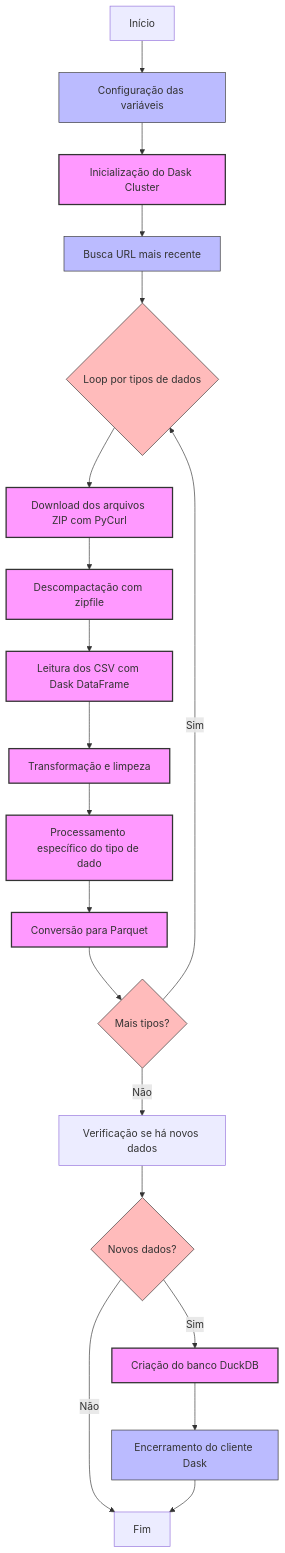
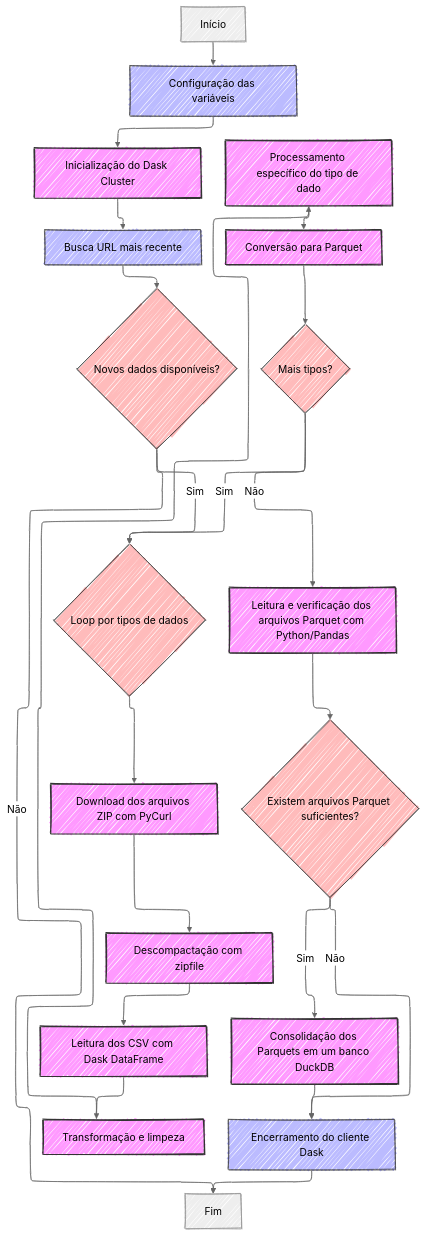
The first of 3 diagrams in otimizacao_fluxo_cnpj.md (wmodanez/cnpj_dados_abertos), drawn with Mermaid before and after one commit. The commit also changed other lines of this file, not shown here.

````diff
--- a/otimizacao_fluxo_cnpj.md
+++ b/otimizacao_fluxo_cnpj.md
@@ -7,45 +7,65 @@
 ```mermaid
+---
+config:
+   look: handDrawn
+   theme: neutral
+   layout: elk
+   elk:
+      direction: DOWN
+      nodeSpacing: 50
+      rankSpacing: 70
+      mergeEdges: true
+      nodePlacementStrategy: SIMPLE
+      algorithm: layered
+      layered:
+        alignedLayout: true
+
+---
 flowchart TD
     %% Etapa 1: Coleta de Dados
     A[Início] --> B[Configuração das variáveis]
     B --> C[Inicialização do Dask Cluster]
     C --> D[Busca URL mais recente]
     
+    %% Verificação inicial de novos dados
+    D --> N{Novos dados disponíveis?}
+    N -->|Não| Q[Fim]
+    
     %% Etapa 2: Download e Descompactação
-    D --> E{Loop por tipos de dados}
+    N -->|Sim| E{Loop por tipos de dados}
     E --> F[Download dos arquivos ZIP com PyCurl]
     F --> G[Descompactação com zipfile]
     
     %% Etapa 3: Processamento com Dask
     G --> H[Leitura dos CSV com Dask DataFrame]
     H --> I[Transformação e limpeza]
     
     %% Etapa 4: Segmentação de dados
     I --> J[Processamento específico do tipo de dado]
     
     %% Etapa 5: Armazenamento em Parquet
     J --> K[Conversão para Parquet]
     
     %% Próximo tipo de dado ou finalização
     K --> L{Mais tipos?}
     L -->|Sim| E
-    L -->|Não| M
     
-    %% Etapa 6: Criação do Banco DuckDB
-    M[Verificação se há novos dados] --> N{Novos dados?}
-    N -->|Sim| O[Criação do banco DuckDB]
-    N -->|Não| Q
+    %% Consolidação dos arquivos Parquet em DuckDB
+    L -->|Não| R[Leitura e verificação dos arquivos Parquet com Python/Pandas]
+    R --> S{Existem arquivos Parquet suficientes?}
+    S -->|Sim| O[Consolidação dos Parquets em um banco DuckDB]
+    S -->|Não| P
     
     %% Finalização
     O --> P[Encerramento do cliente Dask]
-    P --> Q[Fim]
+    P --> Q
     
     %% Estilos
     classDef ferramenta fill:#f9f,stroke:#333,stroke-width:2px
     classDef process fill:#bbf,stroke:#333,stroke-width:1px
     classDef decision fill:#fbb,stroke:#333,stroke-width:1px
     
-    class C,F,G,H,I,J,K,O ferramenta
+    class C,F,G,H,I,J,K,O,R ferramenta
     class B,D,P process
-    class E,L,N decision
+    class E,L,N,S decision
 ```
````
